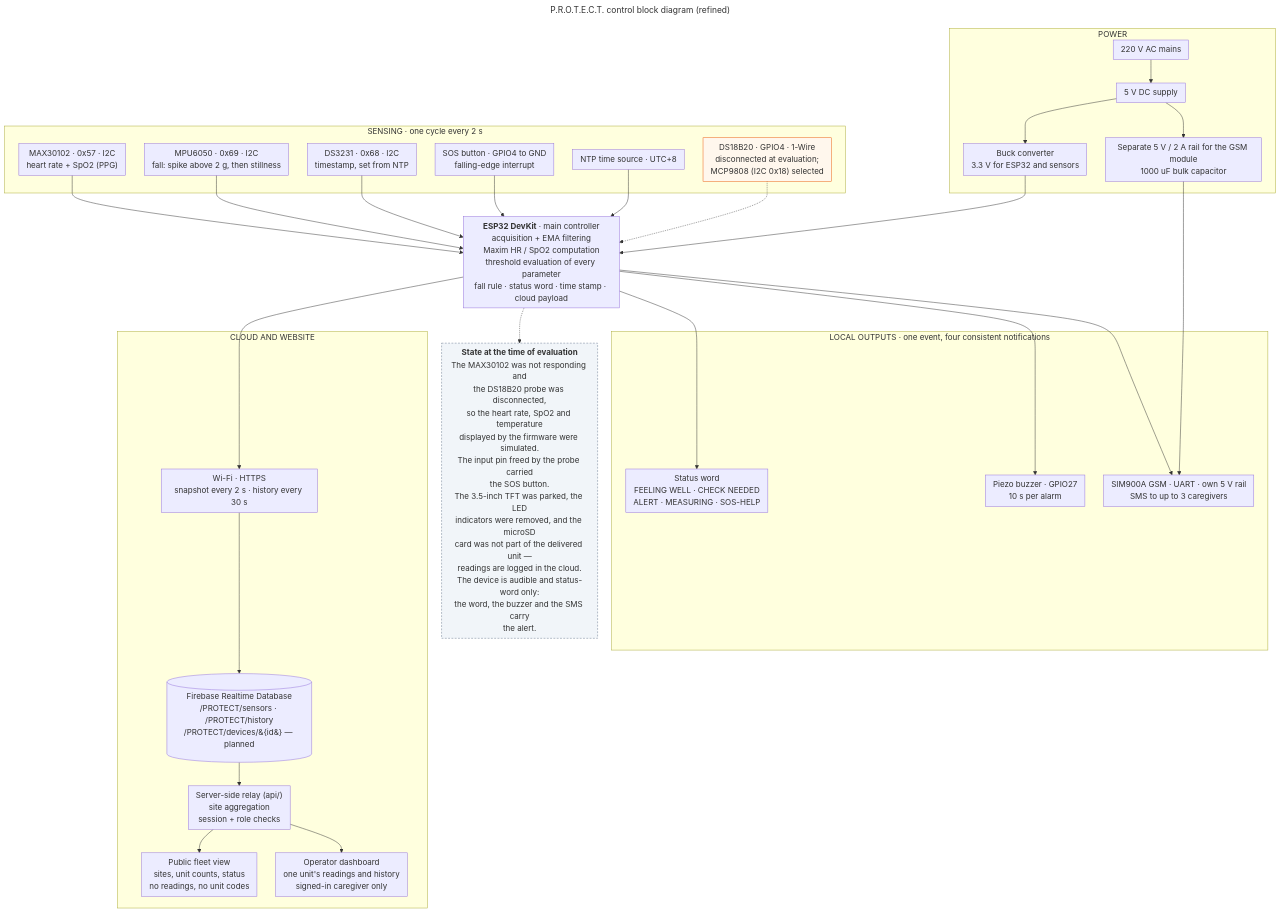
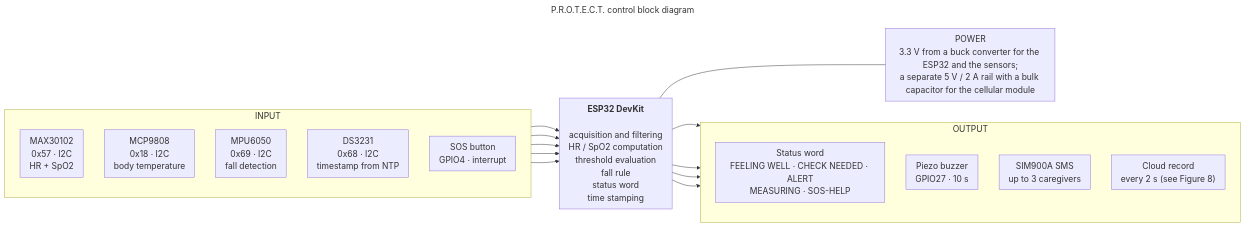
The diagram in docs/diagrams/04-control-block.mmd (ryann-g/PROTECT_MVP), drawn with Mermaid before and after one commit. The commit also changed 11 other files, not shown here.

```diff
--- a/docs/diagrams/04-control-block.mmd
+++ b/docs/diagrams/04-control-block.mmd
@@ -1,69 +1,43 @@
 ---
-title: "P.R.O.T.E.C.T. control block diagram (refined)"
+title: "P.R.O.T.E.C.T. control block diagram"
 config:
   flowchart:
-    wrappingWidth: 300
-    nodeSpacing: 40
-    rankSpacing: 50
-    padding: 8
+    wrappingWidth: 320
+    nodeSpacing: 45
+    rankSpacing: 60
+    padding: 10
   themeVariables:
-    fontSize: 17px
+    fontSize: 18px
 ---
-flowchart TD
-  subgraph SENSE["SENSING  ·  one cycle every 2 s"]
-    MAX["MAX30102 · 0x57 · I2C<br/>heart rate + SpO2 (PPG)"]
-    MPU["MPU6050 · 0x69 · I2C<br/>fall: spike above 2 g, then stillness"]
-    RTC["DS3231 · 0x68 · I2C<br/>timestamp, set from NTP"]
-    BTN["SOS button · GPIO4 to GND<br/>falling-edge interrupt"]
-    NTP["NTP time source · UTC+8"]
-    TEMP["DS18B20 · GPIO4 · 1-Wire<br/>disconnected at evaluation;<br/>MCP9808 (I2C 0x18) selected"]
+flowchart LR
+  subgraph IN["INPUT"]
+    direction TB
+    MAX["MAX30102<br/>0x57 · I2C<br/>HR + SpO2"]
+    MCP["MCP9808<br/>0x18 · I2C<br/>body temperature"]
+    MPU["MPU6050<br/>0x69 · I2C<br/>fall detection"]
+    RTC["DS3231<br/>0x68 · I2C<br/>timestamp from NTP"]
+    BTN["SOS button<br/>GPIO4 · interrupt"]
   end
 
-  ESP["<b>ESP32 DevKit</b> · main controller<br/>acquisition + EMA filtering<br/>Maxim HR / SpO2 computation<br/>threshold evaluation of every parameter<br/>fall rule · status word · time stamp · cloud payload"]
+  ESP["<b>ESP32 DevKit</b><br/><br/>acquisition and filtering<br/>HR / SpO2 computation<br/>threshold evaluation<br/>fall rule<br/>status word<br/>time stamping"]
+
+  subgraph OUT["OUTPUT"]
+    direction TB
+    WORD["Status word<br/>FEELING WELL · CHECK NEEDED · ALERT<br/>MEASURING · SOS-HELP"]
+    BUZZ["Piezo buzzer<br/>GPIO27 · 10 s"]
+    SMS["SIM900A SMS<br/>up to 3 caregivers"]
+    CLOUD["Cloud record<br/>every 2 s (see Figure 8)"]
+  end
 
   MAX --> ESP
+  MCP --> ESP
   MPU --> ESP
   RTC --> ESP
   BTN --> ESP
-  NTP --> ESP
-  TEMP -.-> ESP
-
-  subgraph LOCAL["LOCAL OUTPUTS  ·  one event, four consistent notifications"]
-    WORD["Status word<br/>FEELING WELL · CHECK NEEDED<br/>ALERT · MEASURING · SOS-HELP"]
-    BUZZ["Piezo buzzer · GPIO27<br/>10 s per alarm"]
-    SMS["SIM900A GSM · UART · own 5 V rail<br/>SMS to up to 3 caregivers"]
-  end
-
   ESP --> WORD
   ESP --> BUZZ
   ESP --> SMS
+  ESP --> CLOUD
 
-  subgraph CLOUD["CLOUD AND WEBSITE"]
-    WIFI["Wi-Fi · HTTPS<br/>snapshot every 2 s · history every 30 s"]
-    RTDB[("Firebase Realtime Database<br/>/PROTECT/sensors · /PROTECT/history<br/>/PROTECT/devices/&#123;id&#125; — planned")]
-    RELAY["Server-side relay (api/)<br/>site aggregation<br/>session + role checks"]
-    PUB["Public fleet view<br/>sites, unit counts, status<br/>no readings, no unit codes"]
-    OPS["Operator dashboard<br/>one unit's readings and history<br/>signed-in caregiver only"]
-  end
-
-  ESP --> WIFI --> RTDB --> RELAY
-  RELAY --> PUB
-  RELAY --> OPS
-
-  subgraph PWR["POWER"]
-    AC["220 V AC mains"] --> PS["5 V DC supply"]
-    PS --> BUCK["Buck converter<br/>3.3 V for ESP32 and sensors"]
-    PS --> SIMP["Separate 5 V / 2 A rail for the GSM module<br/>1000 uF bulk capacitor"]
-  end
-
-  BUCK --> ESP
-  SIMP --> SMS
-
-  NOTE["<b>State at the time of evaluation</b><br/>The MAX30102 was not responding and<br/>the DS18B20 probe was disconnected,<br/>so the heart rate, SpO2 and temperature<br/>displayed by the firmware were simulated.<br/>The input pin freed by the probe carried<br/>the SOS button.<br/>The 3.5-inch TFT was parked, the LED<br/>indicators were removed, and the microSD<br/>card was not part of the delivered unit —<br/>readings are logged in the cloud.<br/>The device is audible and status-word only:<br/>the word, the buzzer and the SMS carry<br/>the alert."]
-
-  ESP -.-> NOTE
-
-  classDef planned fill:#fff7ed,stroke:#ea580c,stroke-width:1px
-  classDef note fill:#f1f5f9,stroke:#64748b,stroke-dasharray: 4 3
-  class TEMP planned
-  class NOTE note
+  PWR["POWER<br/>3.3 V from a buck converter for the ESP32 and the sensors;<br/>a separate 5 V / 2 A rail with a bulk capacitor for the cellular module"]
+  ESP --- PWR
```
